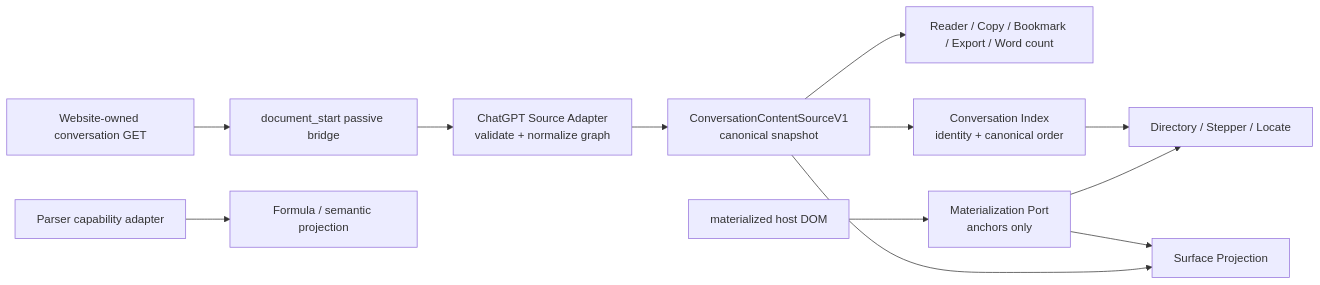
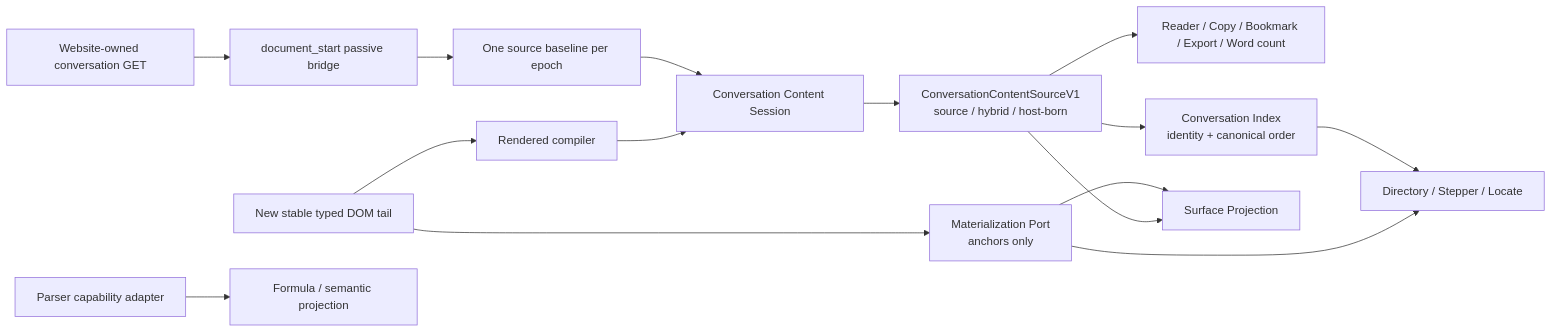
One commit to zhaoliangbin42/AI-MarkDone changed the second of 2 diagrams in docs/architecture/BLUEPRINT.md. Above: the diagram before and after it, drawn with Mermaid. The commit also changed other lines of this file and 58 other files, not shown here.

````diff
--- a/docs/architecture/BLUEPRINT.md
+++ b/docs/architecture/BLUEPRINT.md
@@ -121,14 +134,17 @@
 ```mermaid
 flowchart LR
     Site["Website-owned conversation GET"] --> Bridge["document_start passive bridge"]
-    Bridge --> Adapter["ChatGPT Source Adapter\nvalidate + normalize graph"]
-    Adapter --> Content["ConversationContentSourceV1\ncanonical snapshot"]
+    Bridge --> Baseline["One source baseline per epoch"]
+    DOM["New stable typed DOM tail"] --> Compiler["Rendered compiler"]
+    Baseline --> Session["Conversation Content Session"]
+    Compiler --> Session
+    Session --> Content["ConversationContentSourceV1\nsource / hybrid / host-born"]
     Content --> Reader["Reader / Copy / Bookmark / Export / Word count"]
     Content --> Index["Conversation Index\nidentity + canonical order"]
     Index --> Navigation["Directory / Stepper / Locate"]
-    DOM["materialized host DOM"] --> Materialization["Materialization Port\nanchors only"]
+    DOM --> Materialization["Materialization Port\nanchors only"]
     Materialization --> Navigation
     Materialization --> Surface["Surface Projection"]
     Content --> Surface
     Parser["Parser capability adapter"] --> Formula["Formula / semantic projection"]
 ```
````
